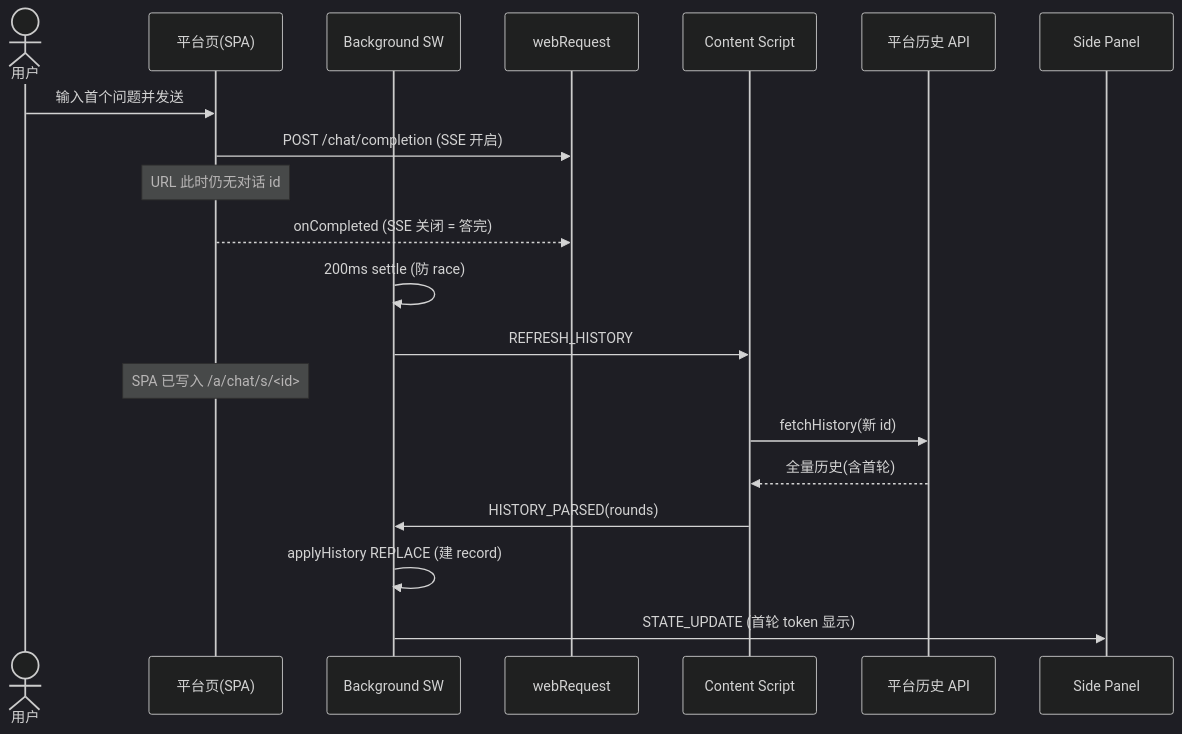
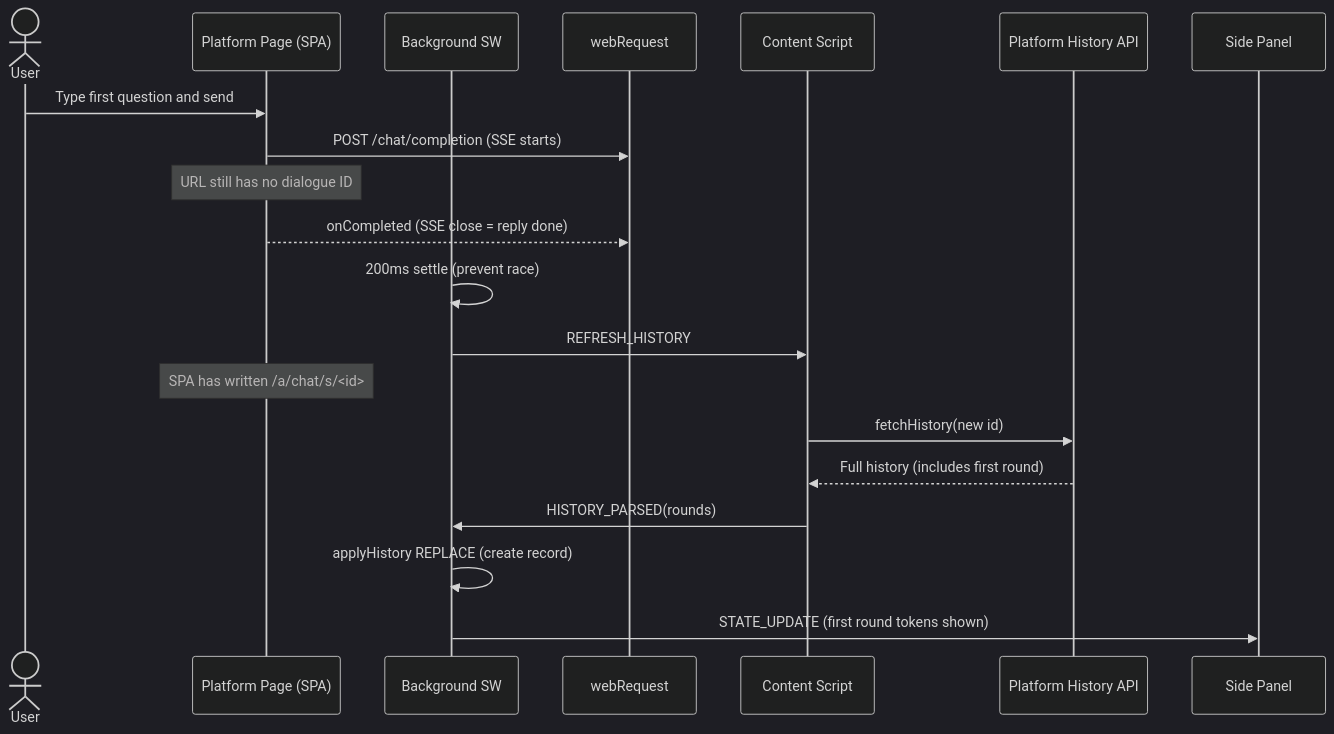
Before and after one commit to ZM-BAD/headroom: the second of 6 diagrams in specs/001-headroom-core.md, drawn with Mermaid (dark theme). The commit also changed other lines of this file and 6 other files, not shown here.

````diff
--- a/specs/001-headroom-core.md
+++ b/specs/001-headroom-core.md
@@ -114,22 +114,22 @@
 ```mermaid
 sequenceDiagram
-    actor U as 用户
-    participant P as 平台页(SPA)
+    actor U as User
+    participant P as Platform Page (SPA)
     participant B as Background SW
     participant W as webRequest
     participant C as Content Script
-    participant H as 平台历史 API
+    participant H as Platform History API
     participant S as Side Panel
-    U->>P: 输入首个问题并发送
-    P->>W: POST /chat/completion (SSE 开启)
-    Note over P: URL 此时仍无对话 id
-    P-->>W: onCompleted (SSE 关闭 = 答完)
-    B->>B: 200ms settle (防 race)
+    U->>P: Type first question and send
+    P->>W: POST /chat/completion (SSE starts)
+    Note over P: URL still has no dialogue ID
+    P-->>W: onCompleted (SSE close = reply done)
+    B->>B: 200ms settle (prevent race)
     B->>C: REFRESH_HISTORY
-    Note over P: SPA 已写入 /a/chat/s/<id>
-    C->>H: fetchHistory(新 id)
-    H-->>C: 全量历史(含首轮)
+    Note over P: SPA has written /a/chat/s/<id>
+    C->>H: fetchHistory(new id)
+    H-->>C: Full history (includes first round)
     C->>B: HISTORY_PARSED(rounds)
-    B->>B: applyHistory REPLACE (建 record)
-    B->>S: STATE_UPDATE (首轮 token 显示)
+    B->>B: applyHistory REPLACE (create record)
+    B->>S: STATE_UPDATE (first round tokens shown)
 ```
````
